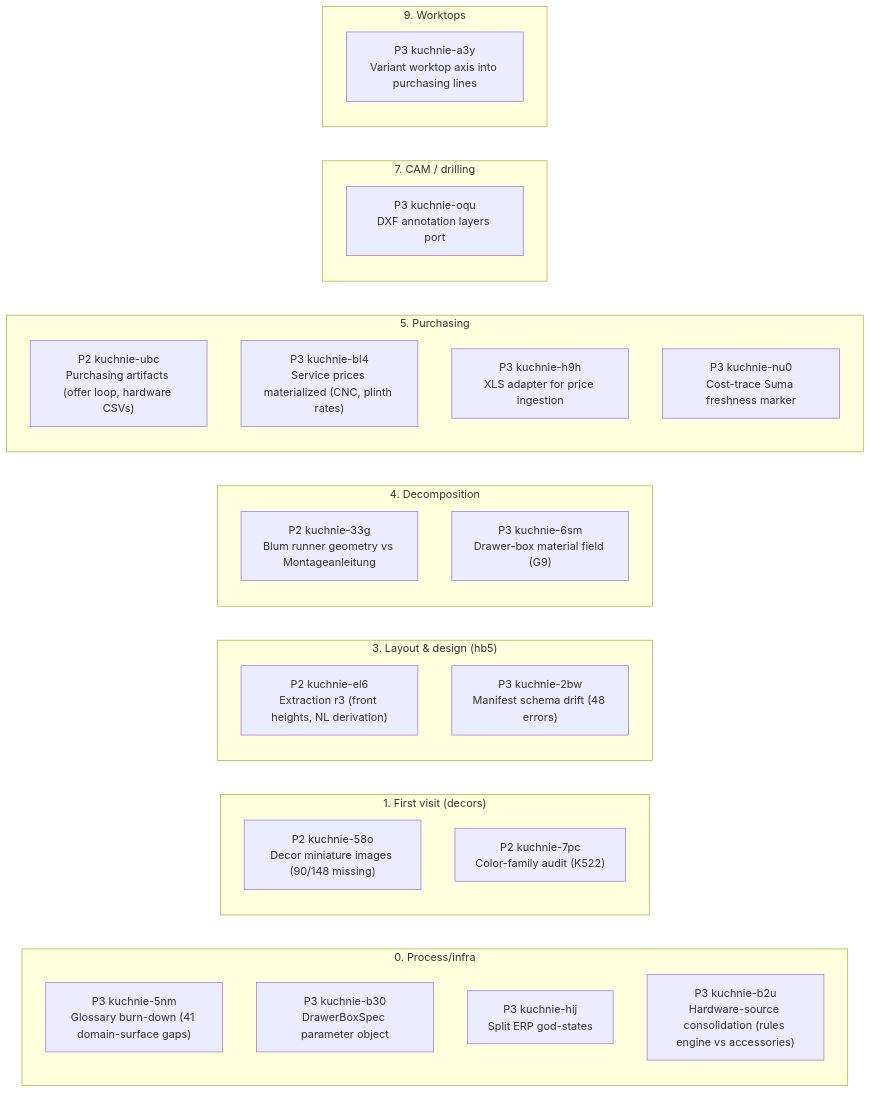
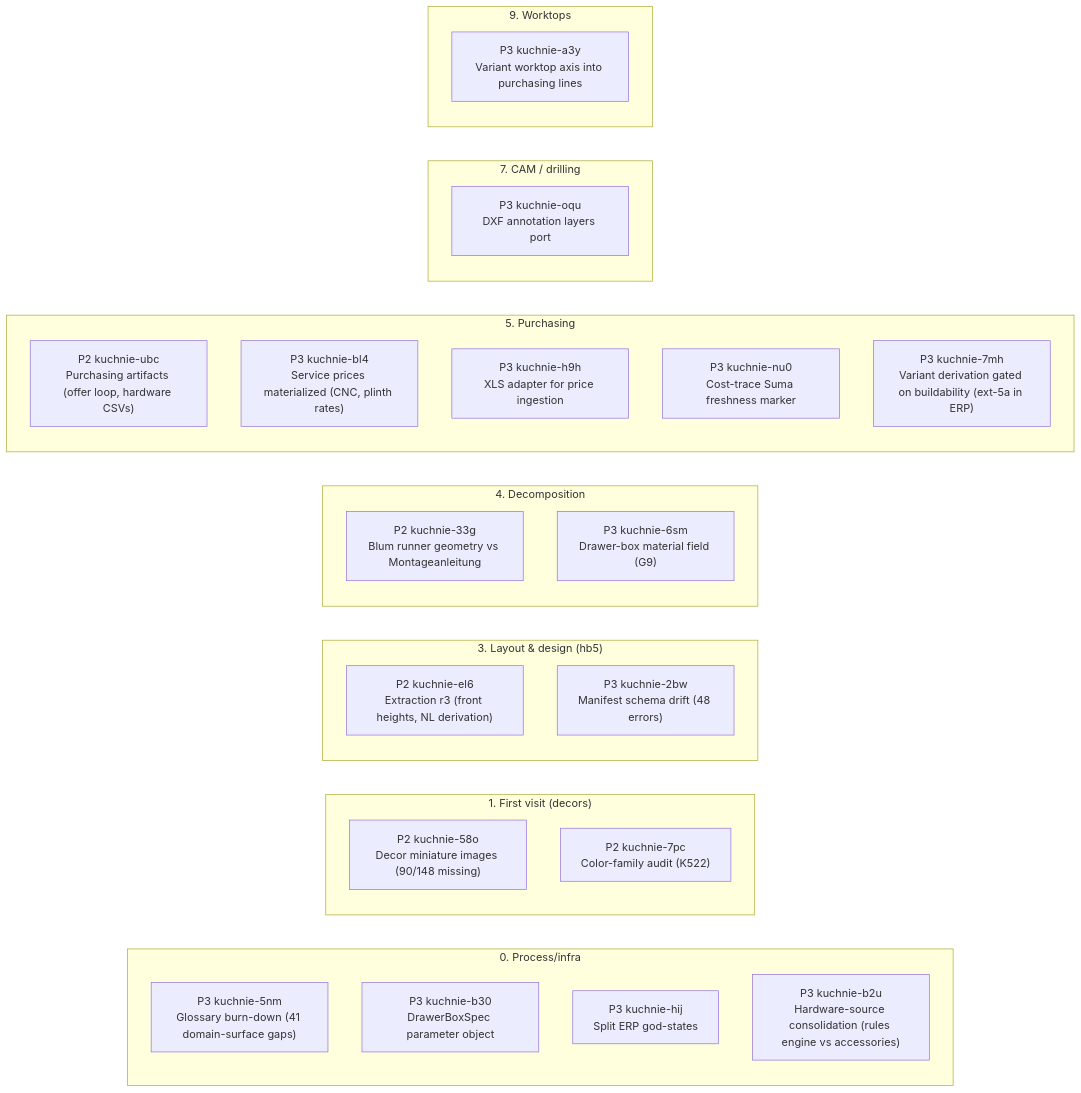
Before and after one commit to m1981/kuchnie: the first of 2 diagrams in STATUS.md, drawn with Mermaid. The commit also changed other lines of this file and 1 other file, not shown here.

````diff
--- a/STATUS.md
+++ b/STATUS.md
@@ -110,33 +110,34 @@
 ```mermaid
 flowchart LR
     subgraph s0 ["0. Process/infra"]
         kuchnie_5nm["P3 kuchnie-5nm<br/>Glossary burn-down (41 domain-surface gaps)"]
         kuchnie_b30["P3 kuchnie-b30<br/>DrawerBoxSpec parameter object"]
         kuchnie_hij["P3 kuchnie-hij<br/>Split ERP god-states"]
         kuchnie_b2u["P3 kuchnie-b2u<br/>Hardware-source consolidation (rules engine vs accessories)"]
     end
     subgraph s1 ["1. First visit (decors)"]
         kuchnie_58o["P2 kuchnie-58o<br/>Decor miniature images (90/148 missing)"]
         kuchnie_7pc["P2 kuchnie-7pc<br/>Color-family audit (K522)"]
     end
     subgraph s3 ["3. Layout & design (hb5)"]
         kuchnie_el6["P2 kuchnie-el6<br/>Extraction r3 (front heights, NL derivation)"]
         kuchnie_2bw["P3 kuchnie-2bw<br/>Manifest schema drift (48 errors)"]
     end
     subgraph s4 ["4. Decomposition"]
         kuchnie_33g["P2 kuchnie-33g<br/>Blum runner geometry vs Montageanleitung"]
         kuchnie_6sm["P3 kuchnie-6sm<br/>Drawer-box material field (G9)"]
     end
     subgraph s5 ["5. Purchasing"]
         kuchnie_ubc["P2 kuchnie-ubc<br/>Purchasing artifacts (offer loop, hardware CSVs)"]
         kuchnie_bl4["P3 kuchnie-bl4<br/>Service prices materialized (CNC, plinth rates)"]
         kuchnie_h9h["P3 kuchnie-h9h<br/>XLS adapter for price ingestion"]
         kuchnie_nu0["P3 kuchnie-nu0<br/>Cost-trace Suma freshness marker"]
+        kuchnie_7mh["P3 kuchnie-7mh<br/>Variant derivation gated on buildability (ext-5a in ERP)"]
     end
     subgraph s7 ["7. CAM / drilling"]
         kuchnie_oqu["P3 kuchnie-oqu<br/>DXF annotation layers port"]
     end
     subgraph s9 ["9. Worktops"]
         kuchnie_a3y["P3 kuchnie-a3y<br/>Variant worktop axis into purchasing lines"]
     end
 ```
````
